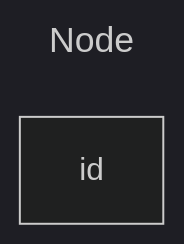
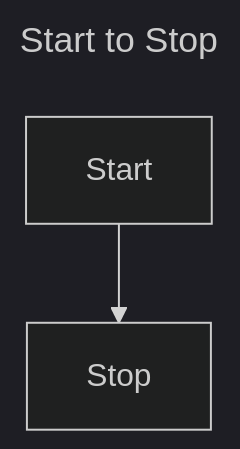
One commit to svkaizoku/github-tasks changed the diagram in movie/backstage/docs/index.md. Above: the diagram before and after it, drawn with Mermaid (dark theme).

````diff
--- a/movie/backstage/docs/index.md
+++ b/movie/backstage/docs/index.md
@@ -1,7 +1,7 @@
 ```mermaid
 ---
-title: Node
+title: Start to Stop
 ---
-flowchart LR
-    id
+flowchart TD
+    Start --> Stop
 ```
````
